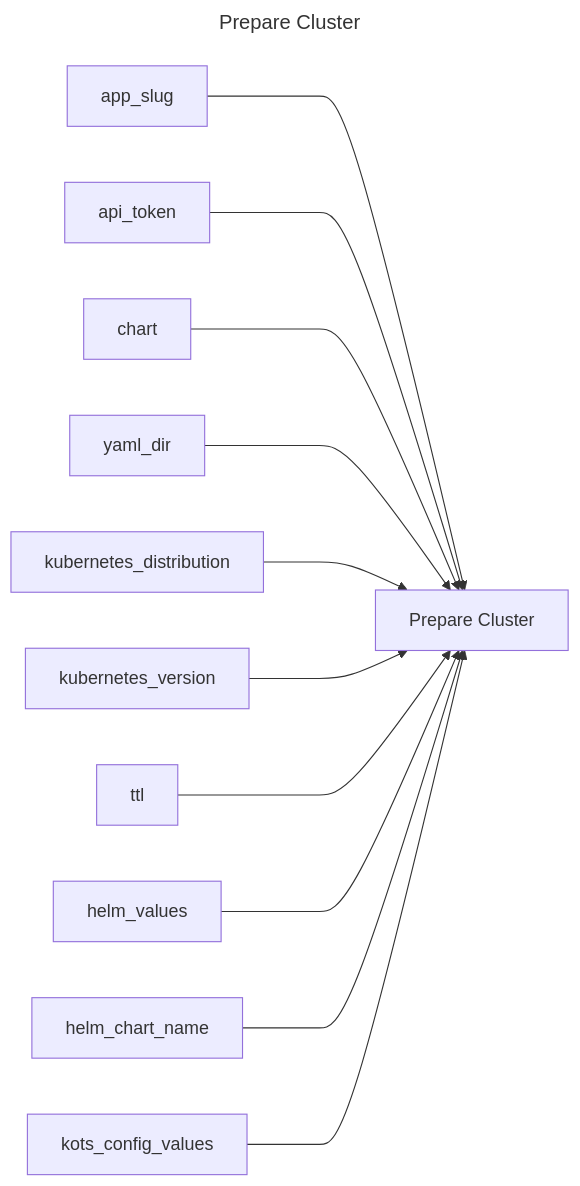
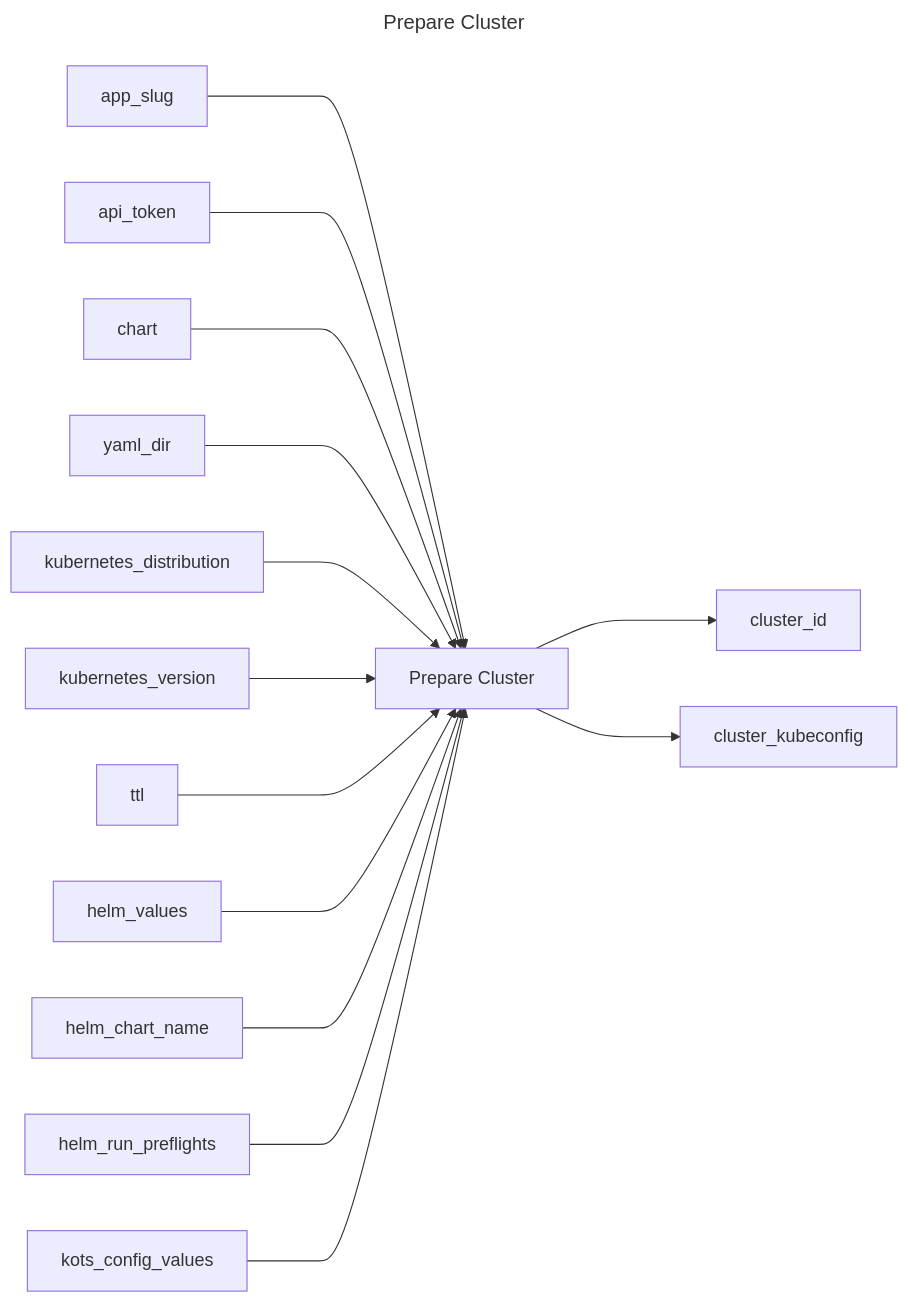
Before and after one commit to replicatedhq/replicated-actions: the diagram in prepare-cluster/README.md, drawn with Mermaid. The commit also changed other lines of this file, not shown here.

Commit message:
Automated commit of npm build result and updated readme files

````diff
--- a/prepare-cluster/README.md
+++ b/prepare-cluster/README.md
@@ -3,17 +3,20 @@
 ```mermaid
 ---
 title: Prepare Cluster
 ---
 graph LR
 prepare_cluster["Prepare Cluster"]
 app_slug ---> prepare_cluster
 api_token ---> prepare_cluster
 chart ---> prepare_cluster
 yaml_dir ---> prepare_cluster
 kubernetes_distribution ---> prepare_cluster
 kubernetes_version ---> prepare_cluster
 ttl ---> prepare_cluster
 helm_values ---> prepare_cluster
 helm_chart_name ---> prepare_cluster
+helm_run_preflights ---> prepare_cluster
 kots_config_values ---> prepare_cluster
+prepare_cluster ---> cluster_id
+prepare_cluster ---> cluster_kubeconfig
 ```
````
